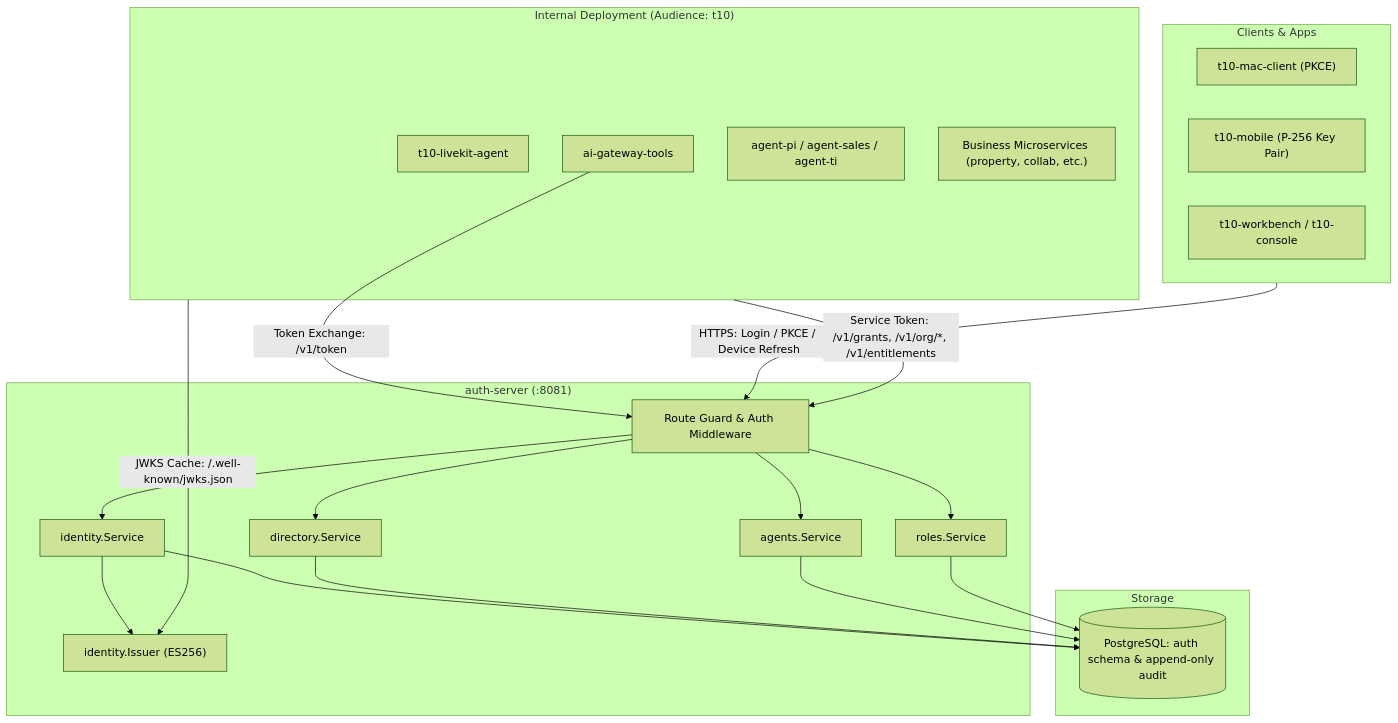
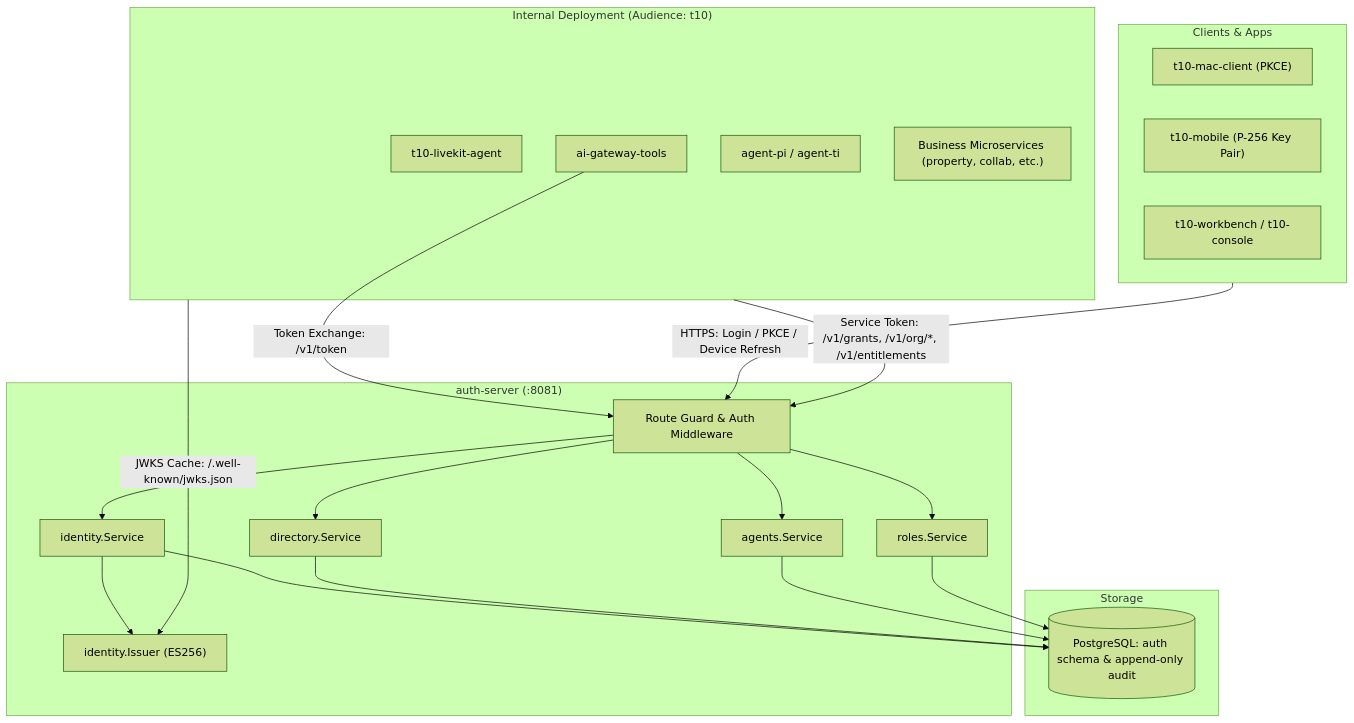
One commit to xiant10/auth-server changed the first of 3 diagrams in docs/developer-reference.md. Above: the diagram before and after it, drawn with Mermaid (forest theme). The commit also changed 4 other files, not shown here.

First line of the commit message:
chore: remove agent-sales

````diff
--- a/docs/developer-reference.md
+++ b/docs/developer-reference.md
@@ -28,37 +28,37 @@
 ```mermaid
 flowchart TB
     subgraph Clients["Clients & Apps"]
         Mac["t10-mac-client (PKCE)"]
         Mobile["t10-mobile (P-256 Key Pair)"]
         Browser["t10-workbench / t10-console"]
     end
 
     subgraph AuthServer["auth-server (:8081)"]
         Guard["Route Guard & Auth Middleware"]
         IdSvc["identity.Service"]
         DirSvc["directory.Service"]
         AgentSvc["agents.Service"]
         RoleSvc["roles.Service"]
         Issuer["identity.Issuer (ES256)"]
     end
 
     subgraph Data["Storage"]
         PG[("PostgreSQL: auth schema & append-only audit")]
     end
 
     subgraph Platform["Internal Deployment (Audience: t10)"]
         LK["t10-livekit-agent"]
         ToolGW["ai-gateway-tools"]
-        AgentHarness["agent-pi / agent-sales / agent-ti"]
+        AgentHarness["agent-pi / agent-ti"]
         Modules["Business Microservices (property, collab, etc.)"]
     end
 
     Clients -->|HTTPS: Login / PKCE / Device Refresh| Guard
     Guard --> IdSvc & DirSvc & AgentSvc & RoleSvc
     IdSvc & DirSvc & AgentSvc & RoleSvc --> PG
     IdSvc --> Issuer
 
     Platform -->|JWKS Cache: /.well-known/jwks.json| Issuer
     Platform -->|Service Token: /v1/grants, /v1/org/*, /v1/entitlements| Guard
     ToolGW -->|Token Exchange: /v1/token| Guard
 ```
````
